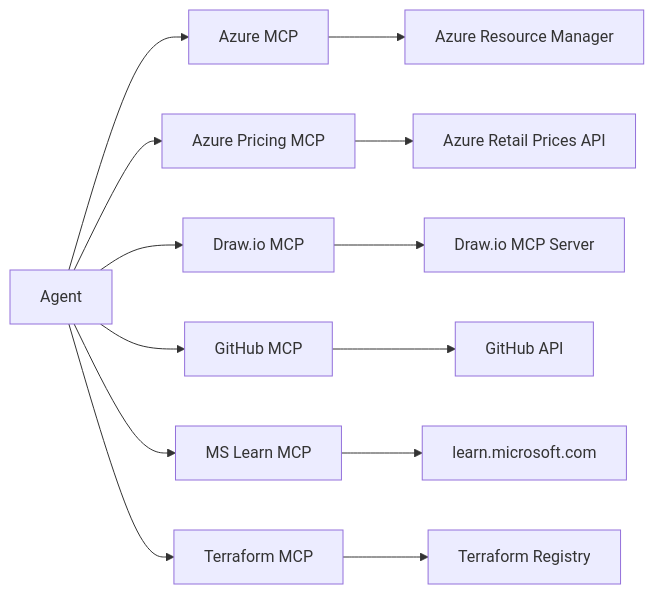
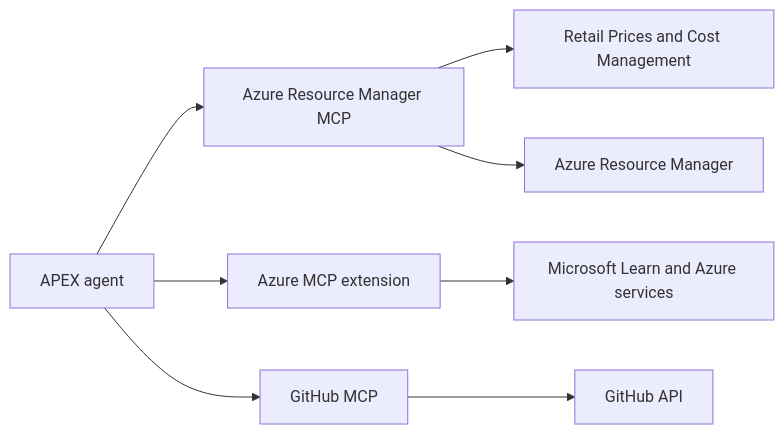
The diagram in site/src/content/docs/concepts/how-it-works/mcp-integration.md (jonathan-vella/apex), drawn with Mermaid before and after one commit. The commit also changed other lines of this file and 993 other files, not shown here.

````diff
--- a/site/src/content/docs/concepts/how-it-works/mcp-integration.md
+++ b/site/src/content/docs/concepts/how-it-works/mcp-integration.md
@@ -26,16 +13,10 @@
 ```mermaid
 flowchart LR
-
-  A["Agent"]:::agent --> M1["Azure MCP"]:::mcp
-  A --> M2["Azure Pricing MCP"]:::mcp
-  A --> M3["Draw.io MCP"]:::mcp
-  A --> M4["GitHub MCP"]:::mcp
-  A --> M5["MS Learn MCP"]:::mcp
-  A --> M6["Terraform MCP"]:::mcp
-  M1 --> AZ["Azure Resource Manager"]
-  M2 --> P["Azure Retail Prices API"]
-  M3 --> D["Draw.io MCP Server"]
-  M4 --> G["GitHub API"]
-  M5 --> L["learn.microsoft.com"]
-  M6 --> T["Terraform Registry"]
+  A["APEX agent"] --> ARM["Azure Resource Manager MCP"]
+  A --> AZ["Azure MCP extension"]
+  A --> GH["GitHub MCP"]
+  ARM --> RP["Retail Prices and Cost Management"]
+  ARM --> RM["Azure Resource Manager"]
+  AZ --> L["Microsoft Learn and Azure services"]
+  GH --> G["GitHub API"]
 ```
````
